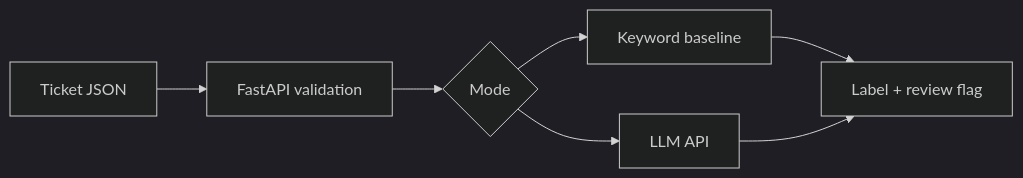
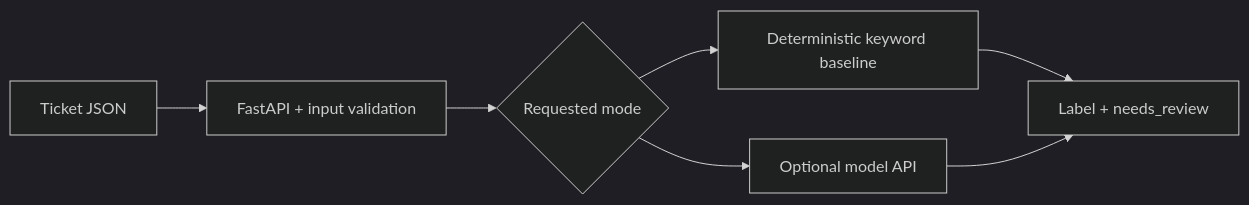
Before and after one commit to gparthee/llm-intelligent-classifier: the diagram in README.md, drawn with Mermaid (dark theme). The commit also changed other lines of this file, not shown here.

````diff
--- a/README.md
+++ b/README.md
@@ -9,9 +12,9 @@
 ```mermaid
 flowchart LR
-  A[Ticket JSON] --> B[FastAPI validation]
-  B --> C{Mode}
-  C --> D[Keyword baseline]
-  C --> E[LLM API]
-  D --> F[Label + review flag]
-  E --> F
+  Ticket[Ticket JSON] --> API[FastAPI + input validation]
+  API --> Mode{Requested mode}
+  Mode --> Baseline[Deterministic keyword baseline]
+  Mode --> LLM[Optional model API]
+  Baseline --> Result[Label + needs_review]
+  LLM --> Result
 ```
````
